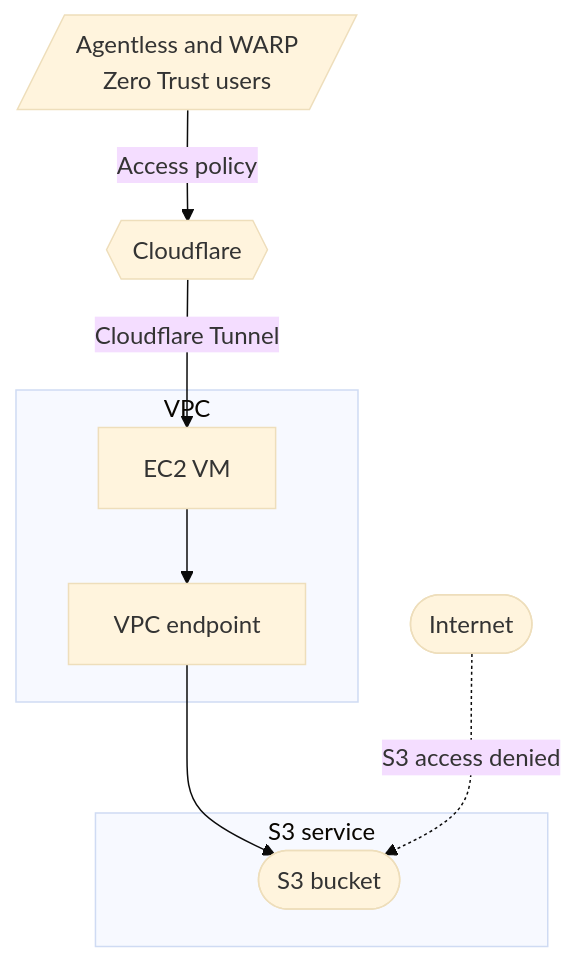
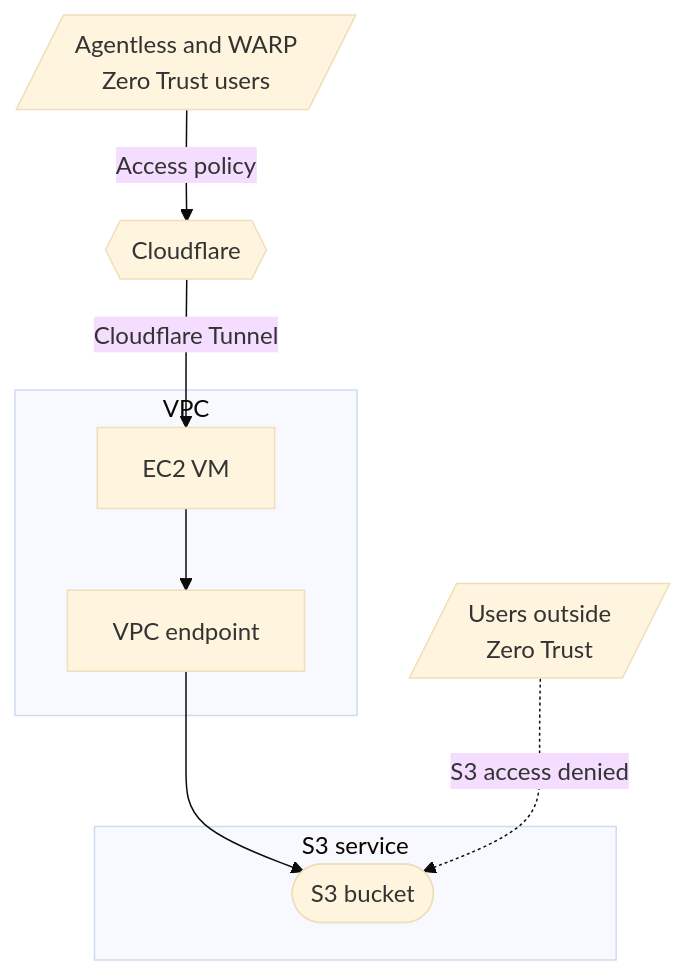
Before and after one commit to cloudflare/cloudflare-docs: the first of 2 diagrams in content/cloudflare-one/tutorials/s3-buckets.md, drawn with Mermaid (base theme). The commit also changed other lines of this file, not shown here.

````diff
--- a/content/cloudflare-one/tutorials/s3-buckets.md
+++ b/content/cloudflare-one/tutorials/s3-buckets.md
@@ -15,16 +15,16 @@
 ```mermaid
 flowchart TB
     cf1[/Agentless and WARP </br>Zero Trust users/]--Access policy-->cf2{{Cloudflare}}
     cf2--Cloudflare Tunnel-->vpc1
     
     subgraph VPC
     vpc1[EC2 VM]-->vpc2[VPC endpoint]
     end
     vpc2-->s3_1
 
     subgraph S3 service
     s3_1([S3 bucket])
     end
 
-    i1([Internet])-. "S3 access denied" .->s3_1
+    i1[/Users outside </br> Zero Trust/]-. "S3 access denied" .->s3_1
 ```
````
